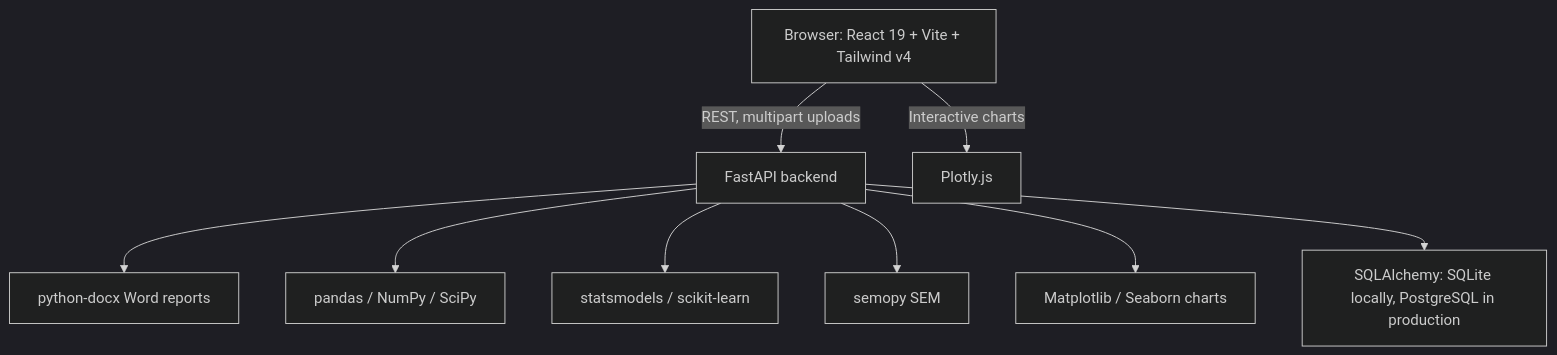
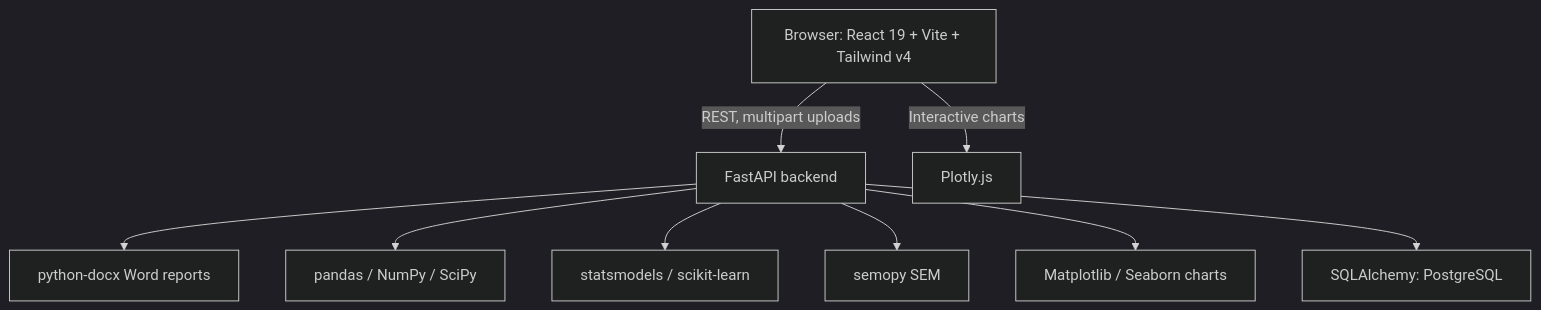
One commit to rav054/statsathi-frontend changed the diagram in README.md. Above: the diagram before and after it, drawn with Mermaid (dark theme). The commit also changed other lines of this file, not shown here.

````diff
--- a/README.md
+++ b/README.md
@@ -418,11 +416,11 @@
 ```mermaid
 graph TD
     A[Browser: React 19 + Vite + Tailwind v4] -->|REST, multipart uploads| B[FastAPI backend]
     A -->|Interactive charts| C[Plotly.js]
     B --> D[python-docx Word reports]
     B --> E[pandas / NumPy / SciPy]
     B --> F[statsmodels / scikit-learn]
     B --> G[semopy SEM]
     B --> H[Matplotlib / Seaborn charts]
-    B --> I[SQLAlchemy: SQLite locally, PostgreSQL in production]
+    B --> I[SQLAlchemy: PostgreSQL]
 ```
````
